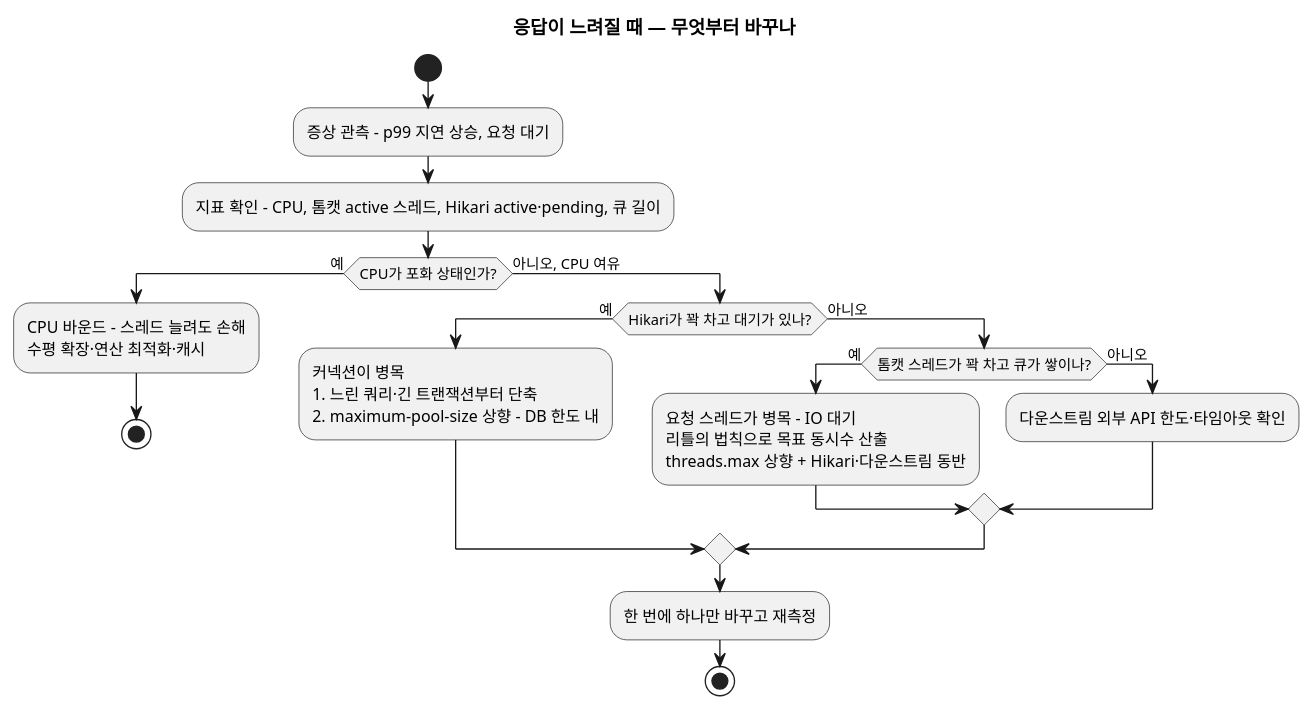
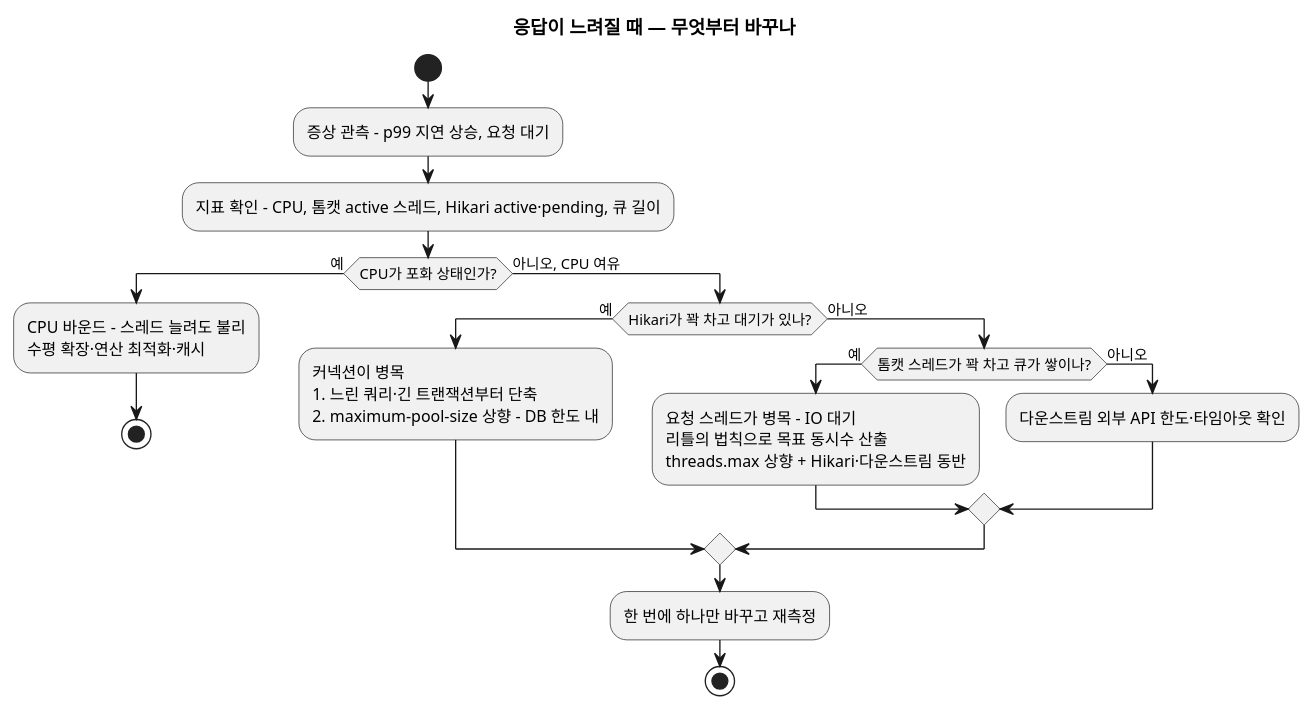
One commit to johnycho/johny-dev changed the second of 2 diagrams in blog/2026-08-18-spring-boot-thread-pools.mdx. Above: the diagram before and after it, drawn with PlantUML. The commit also changed other lines of this file and 21 other files, not shown here.

````diff
--- a/blog/2026-08-18-spring-boot-thread-pools.mdx
+++ b/blog/2026-08-18-spring-boot-thread-pools.mdx
@@ -184,24 +184,24 @@
 ```plantuml
 @startuml
 title 응답이 느려질 때 — 무엇부터 바꾸나
 start
 :증상 관측 - p99 지연 상승, 요청 대기;
 :지표 확인 - CPU, 톰캣 active 스레드, Hikari active·pending, 큐 길이;
 if (CPU가 포화 상태인가?) then (예)
-  :CPU 바운드 - 스레드 늘려도 손해\n수평 확장·연산 최적화·캐시;
+  :CPU 바운드 - 스레드 늘려도 불리\n수평 확장·연산 최적화·캐시;
   stop
 else (아니오, CPU 여유)
   if (Hikari가 꽉 차고 대기가 있나?) then (예)
     :커넥션이 병목\n1. 느린 쿼리·긴 트랜잭션부터 단축\n2. maximum-pool-size 상향 - DB 한도 내;
   else (아니오)
     if (톰캣 스레드가 꽉 차고 큐가 쌓이나?) then (예)
       :요청 스레드가 병목 - IO 대기\n리틀의 법칙으로 목표 동시수 산출\nthreads.max 상향 + Hikari·다운스트림 동반;
     else (아니오)
       :다운스트림 외부 API 한도·타임아웃 확인;
     endif
   endif
   :한 번에 하나만 바꾸고 재측정;
   stop
 endif
 @enduml
 ```
````
